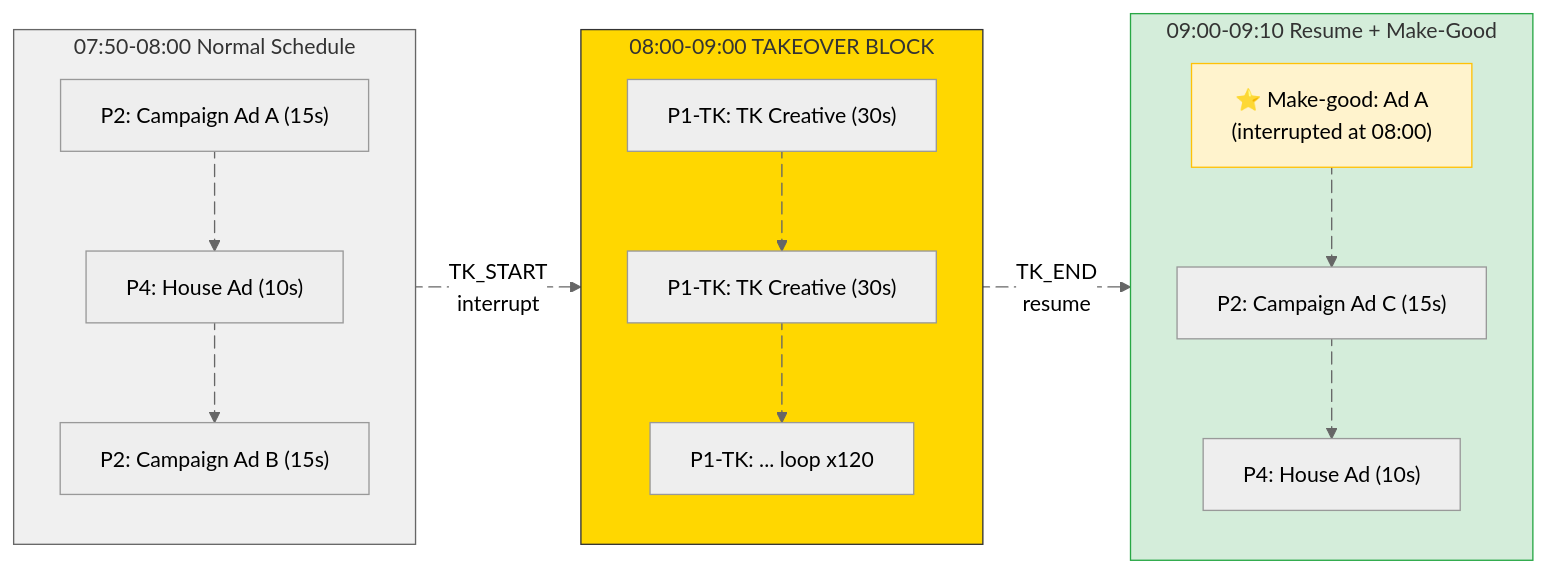
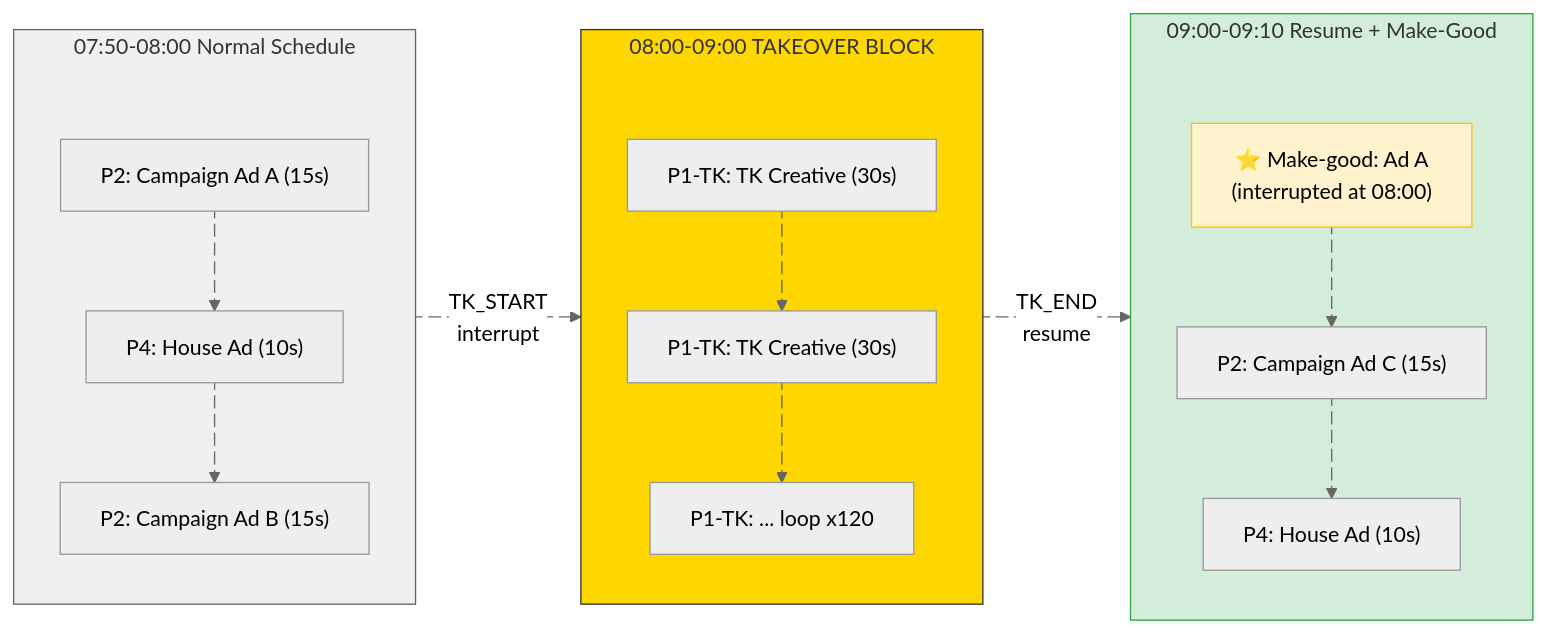
One commit to wasikarn/jira-generator changed the diagram in scripts/diagrams/08-2-takeover-timeline.mmd. Above: the diagram before and after it, drawn with Mermaid (neutral theme). The commit also changed 6 other files, not shown here.

First line of the commit message:
fix: add subGraphTitleMargin to all flowchart diagrams to prevent title overlap

```diff
--- a/scripts/diagrams/08-2-takeover-timeline.mmd
+++ b/scripts/diagrams/08-2-takeover-timeline.mmd
@@ -1,36 +1,37 @@
+%%{init: {"flowchart": {"subGraphTitleMargin": {"top": 0, "bottom": 45}}} }%%
 flowchart LR
     subgraph BEFORE["07:50-08:00 Normal Schedule"]
         direction TB
         B1["P2: Campaign Ad A (15s)"]
         B2["P4: House Ad (10s)"]
         B3["P2: Campaign Ad B (15s)"]
         B1 e3@--> B2 e4@--> B3
     end
     subgraph TK["08:00-09:00 TAKEOVER BLOCK"]
         direction TB
         T1["P1-TK: TK Creative (30s)"]
         T2["P1-TK: TK Creative (30s)"]
         T3["P1-TK: ... loop x120"]
         T1 e5@--> T2 e6@--> T3
     end
     subgraph AFTER["09:00-09:10 Resume + Make-Good"]
         direction TB
         A1["⭐ Make-good: Ad A<br/>(interrupted at 08:00)"]
         A2["P2: Campaign Ad C (15s)"]
         A3["P4: House Ad (10s)"]
         A1 e7@--> A2 e8@--> A3
     end
     BEFORE e1@-->|"TK_START<br/>interrupt"| TK
     TK e2@-->|"TK_END<br/>resume"| AFTER
     e1@{ animation: fast }
     e2@{ animation: fast }
     e3@{ animation: fast }
     e4@{ animation: fast }
     e5@{ animation: fast }
     e6@{ animation: fast }
     e7@{ animation: fast }
     e8@{ animation: fast }
     style BEFORE fill:#f0f0f0,stroke:#666
     style TK fill:#ffd700,stroke:#333
     style AFTER fill:#d4edda,stroke:#28a745
     style A1 fill:#fff3cd,stroke:#ffc107
```
